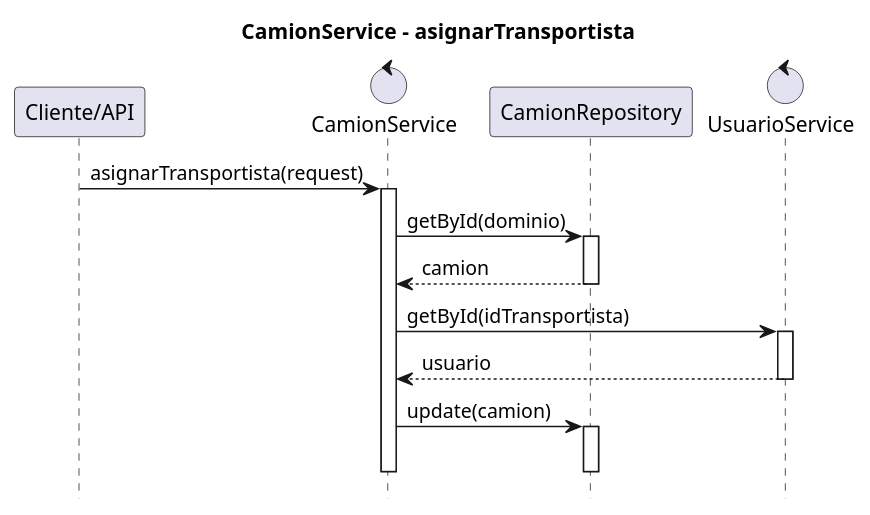
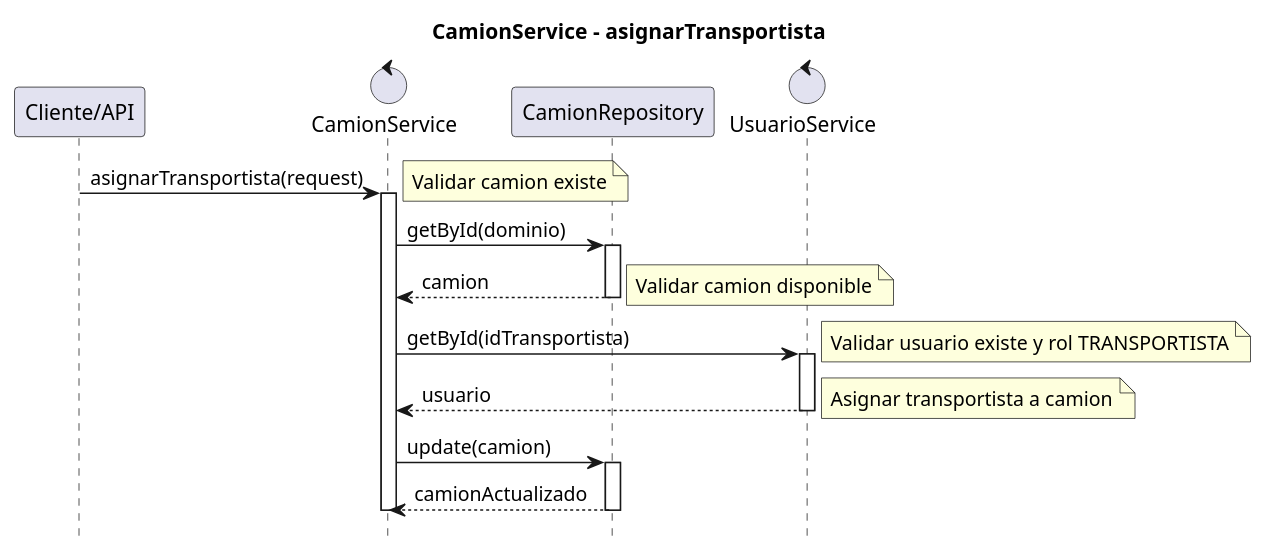
Before and after one commit to JulianTs0/contenedores-api: the diagram in diagramas/asignarTransportista.puml, drawn with PlantUML. The commit also changed 16 other files, not shown here.

Commit message:
Se actualizaron los diagramas

```diff
--- a/diagramas/asignarTransportista.puml
+++ b/diagramas/asignarTransportista.puml
@@ -1,29 +1,37 @@
 @startuml
 title CamionService - asignarTransportista
 
 hide footbox
 
 participant "Cliente/API" as C
 control "CamionService" as CS
 participant "CamionRepository" as CR
 control "UsuarioService" as US
 
 C -> CS: asignarTransportista(request)
 activate CS
 
+note right: Validar camion existe
+
 CS -> CR: getById(dominio)
 activate CR
 CR --> CS: camion
 deactivate CR
 
+note right: Validar camion disponible
+
 CS -> US: getById(idTransportista)
 activate US
+note right: Validar usuario existe y rol TRANSPORTISTA
 US --> CS: usuario
 deactivate US
 
+note right: Asignar transportista a camion
+
 CS -> CR: update(camion)
 activate CR
+CR --> CS: camionActualizado
 deactivate CR
 
 deactivate CS
 @enduml
```
